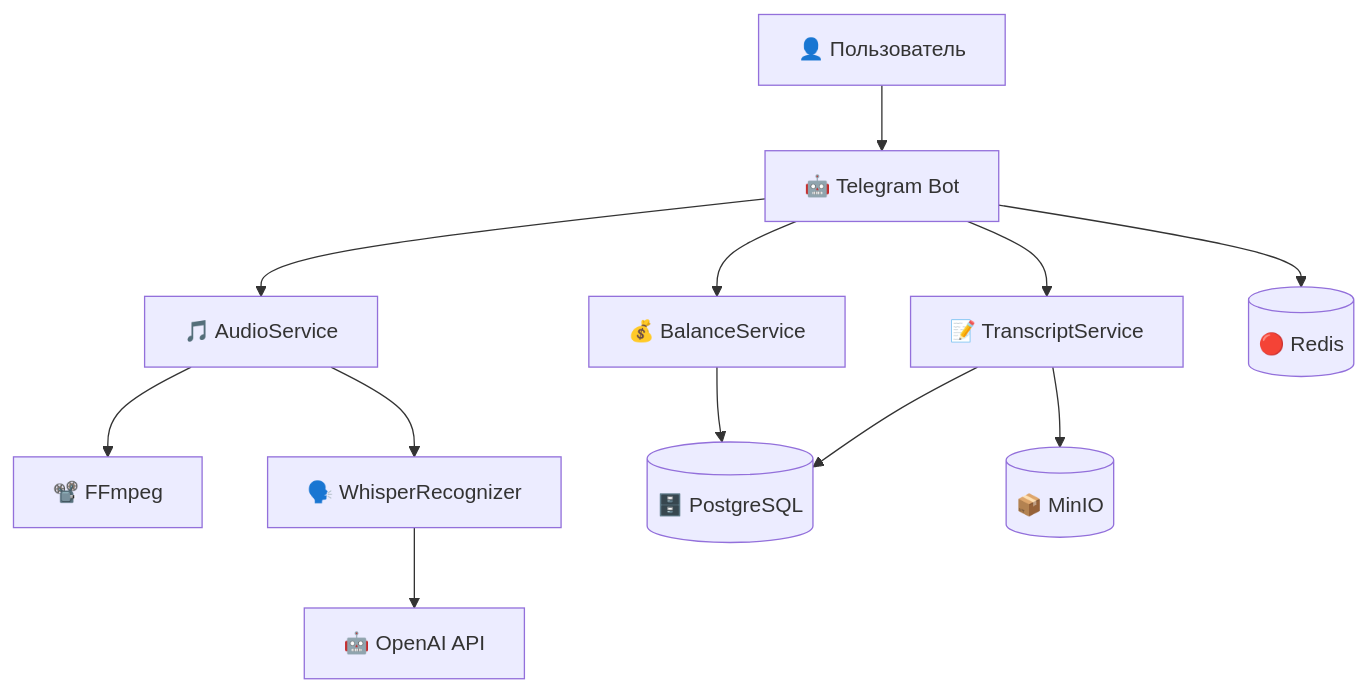
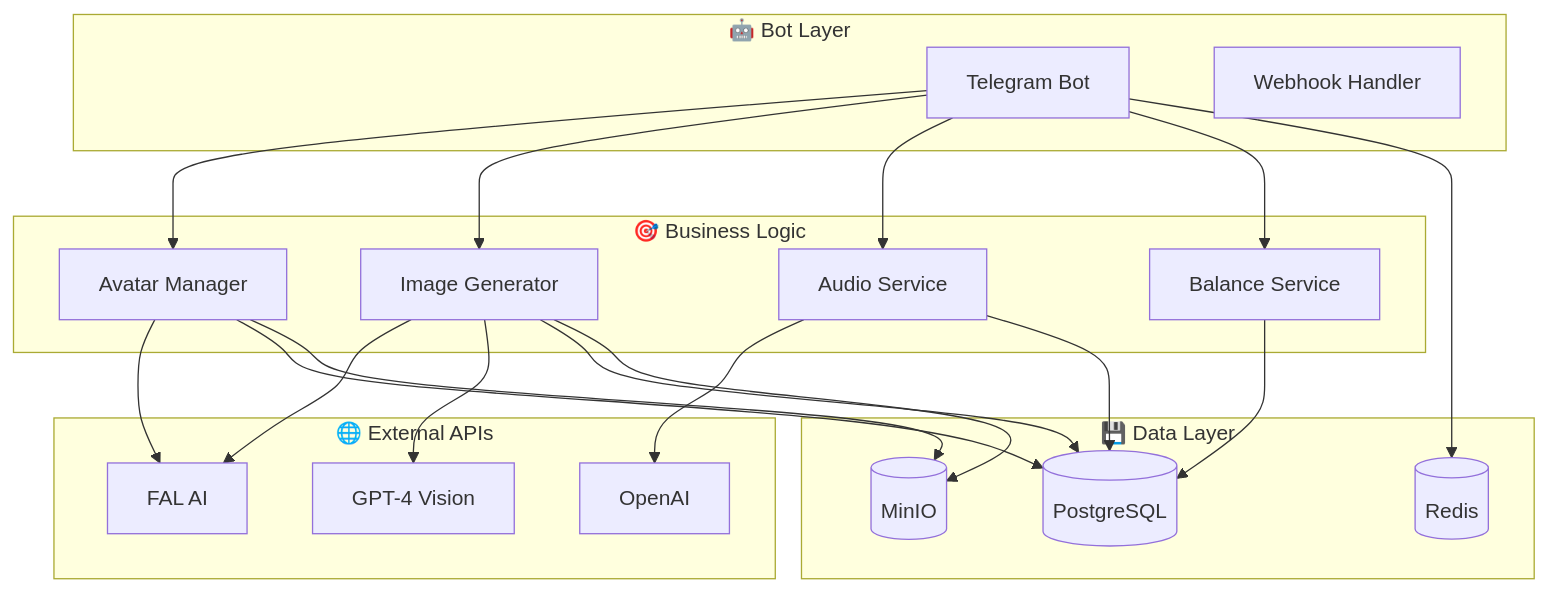
Before and after one commit to sergeyshmagin/Aisha_bot_new: the diagram in docs/README.md, drawn with Mermaid. The commit also changed other lines of this file and 12 other files, not shown here.

````diff
--- a/docs/README.md
+++ b/docs/README.md
@@ -68,17 +44,45 @@
 ```mermaid
 graph TB
-    U[👤 Пользователь] --> TB[🤖 Telegram Bot]
-    TB --> AS[🎵 AudioService]
-    AS --> FF[📽️ FFmpeg]
-    AS --> WR[🗣️ WhisperRecognizer]
-    WR --> OAI[🤖 OpenAI API]
+    subgraph "🤖 Bot Layer"
+        TB[Telegram Bot]
+        WH[Webhook Handler]
+    end
     
-    TB --> BS[💰 BalanceService]
-    TB --> TS[📝 TranscriptService]
+    subgraph "🎯 Business Logic"
+        AM[Avatar Manager]
+        IG[Image Generator]
+        AS[Audio Service]
+        BS[Balance Service]
+    end
     
-    BS --> DB[(🗄️ PostgreSQL)]
-    TS --> DB
-    TS --> S3[(📦 MinIO)]
+    subgraph "💾 Data Layer"
+        DB[(PostgreSQL)]
+        RD[(Redis)]
+        S3[(MinIO)]
+    end
     
-    TB --> R[(🔴 Redis)]
+    subgraph "🌐 External APIs"
+        FAL[FAL AI]
+        OAI[OpenAI]
+        GPT4V[GPT-4 Vision]
+    end
+    
+    TB --> AM
+    TB --> IG
+    TB --> AS
+    TB --> BS
+    
+    AM --> FAL
+    IG --> FAL
+    AS --> OAI
+    IG --> GPT4V
+    
+    AM --> DB
+    IG --> DB
+    AS --> DB
+    BS --> DB
+    
+    TB --> RD
+    AM --> S3
+    IG --> S3
 ```
````
